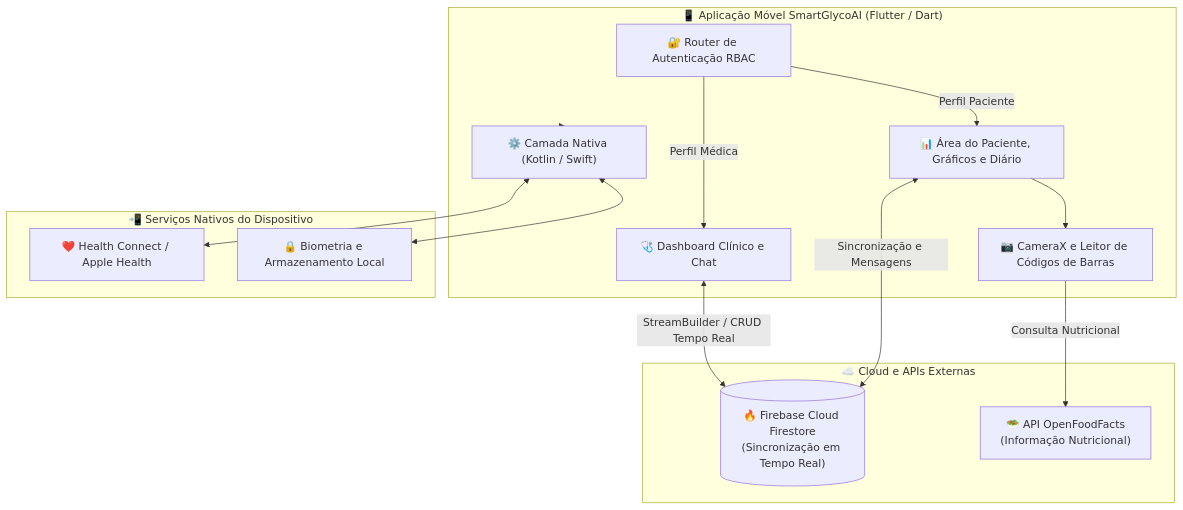
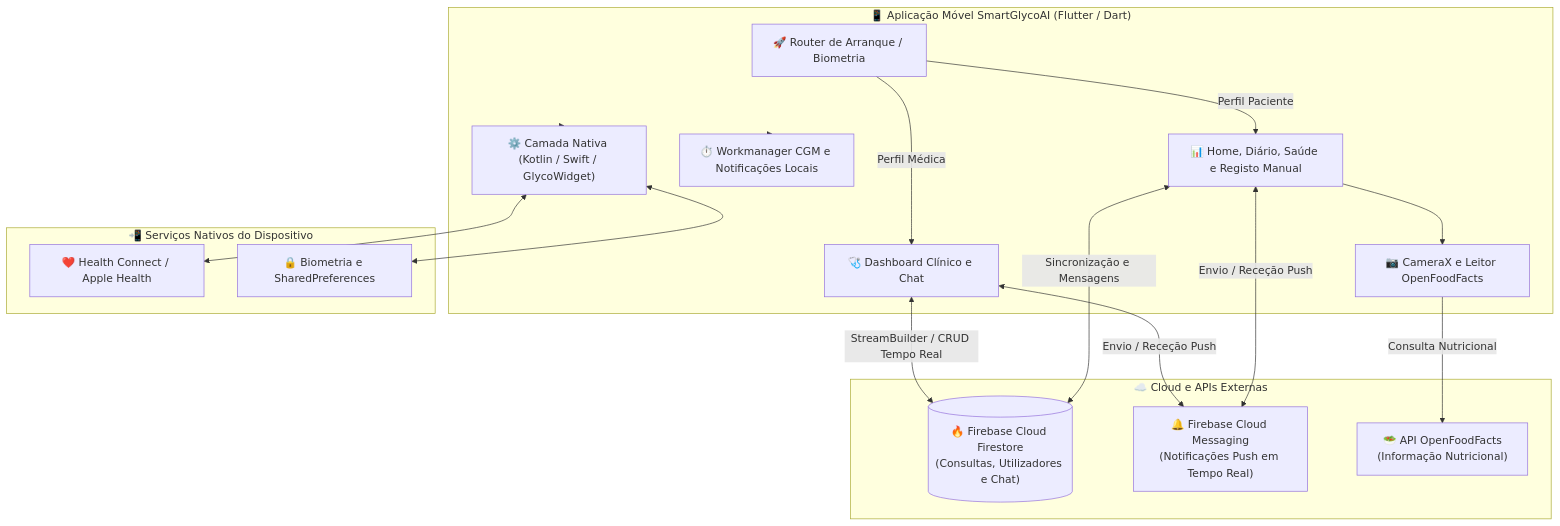
One commit to asoeiropt/IPM-6-APP changed the second of 2 diagrams in README.md. Above: the diagram before and after it, drawn with Mermaid. The commit also changed other lines of this file, not shown here.

````diff
--- a/README.md
+++ b/README.md
@@ -438,30 +503,35 @@
 ```mermaid
 flowchart TB
     subgraph Client["📱 Aplicação Móvel SmartGlycoAI (Flutter / Dart)"]
-        Auth["🔐 Router de Autenticação RBAC"]
+        Splash["🚀 Router de Arranque / Biometria"]
         DocUI["🩺 Dashboard Clínico e Chat"]
-        PatUI["📊 Área do Paciente, Gráficos e Diário"]
-        Cam["📷 CameraX e Leitor de Códigos de Barras"]
-        Native["⚙️ Camada Nativa (Kotlin / Swift)"]
+        PatUI["📊 Home, Diário, Saúde e Registo Manual"]
+        Cam["📷 CameraX e Leitor OpenFoodFacts"]
+        BG["⏱️ Workmanager CGM e Notificações Locais"]
+        Native["⚙️ Camada Nativa (Kotlin / Swift / GlycoWidget)"]
     end
 
     subgraph Cloud["☁️ Cloud e APIs Externas"]
-        Firestore[("🔥 Firebase Cloud Firestore\n(Sincronização em Tempo Real)")]
+        Firestore[("🔥 Firebase Cloud Firestore\n(Consultas, Utilizadores e Chat)")]
+        FCM["🔔 Firebase Cloud Messaging\n(Notificações Push em Tempo Real)"]
         OFF["🥗 API OpenFoodFacts\n(Informação Nutricional)"]
     end
 
     subgraph Device["📲 Serviços Nativos do Dispositivo"]
         Health["❤️ Health Connect / Apple Health"]
-        Bio["🔒 Biometria e Armazenamento Local"]
+        Bio["🔒 Biometria e SharedPreferences"]
     end
 
-    Auth -->|Perfil Médica| DocUI
-    Auth -->|Perfil Paciente| PatUI
+    Splash -->|Perfil Médica| DocUI
+    Splash -->|Perfil Paciente| PatUI
     DocUI <-->|StreamBuilder / CRUD Tempo Real| Firestore
     PatUI <-->|Sincronização e Mensagens| Firestore
+    DocUI <-->|Envio / Receção Push| FCM
+    PatUI <-->|Envio / Receção Push| FCM
     PatUI --> Cam
     Cam -->|Consulta Nutricional| OFF
+    Client --> BG
     Client --> Native
     Native <--> Health
     Native <--> Bio
 ```
````
